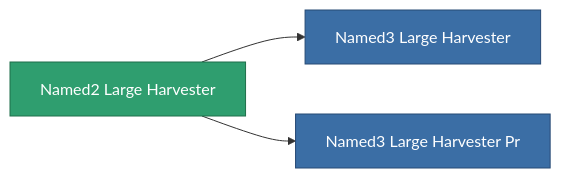
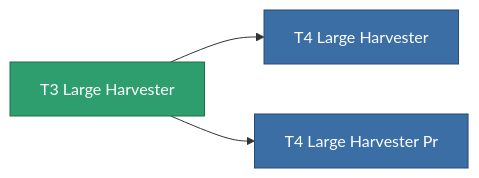
The diagram in content/content/items/named2_large_harvester.md (OpenPerpetuum/Wiki), drawn with Mermaid before and after one commit. The commit also changed other lines of this file and 4904 other files, not shown here.

````diff
--- a/content/content/items/named2_large_harvester.md
+++ b/content/content/items/named2_large_harvester.md
@@ -63,13 +47,13 @@
 ```mermaid
 graph LR
-    a["Named2 Large Harvester"]:::current
-    b["Named3 Large Harvester"]:::prod
+    a["T3 Large Harvester"]:::current
+    b["T4 Large Harvester"]:::prod
     a --> b
-    click b "/content/items/named3-large-harvester/" "Named3 Large Harvester"
-    c["Named3 Large Harvester Pr"]:::prod
+    click b "/content/items/named3-large-harvester/" "T4 Large Harvester"
+    c["T4 Large Harvester Pr"]:::prod
     a --> c
-    click c "/content/items/named3-large-harvester-pr/" "Named3 Large Harvester Pr"
+    click c "/content/items/named3-large-harvester-pr/" "T4 Large Harvester Pr"
     classDef current fill:#2f9e6f,stroke:#1f6f4a,color:#ffffff
     classDef prod fill:#3b6ea5,stroke:#274a75,color:#ffffff
     classDef more fill:#39445a,stroke:#54658a,color:#d5dbe8
 ```
````
